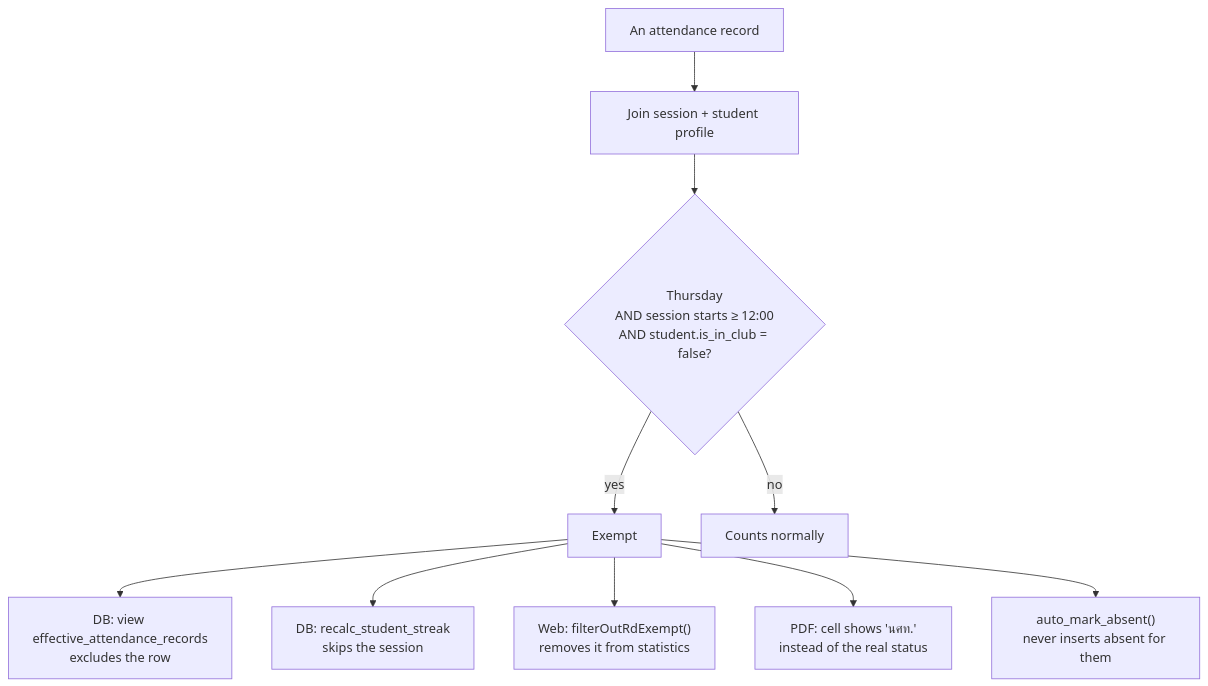
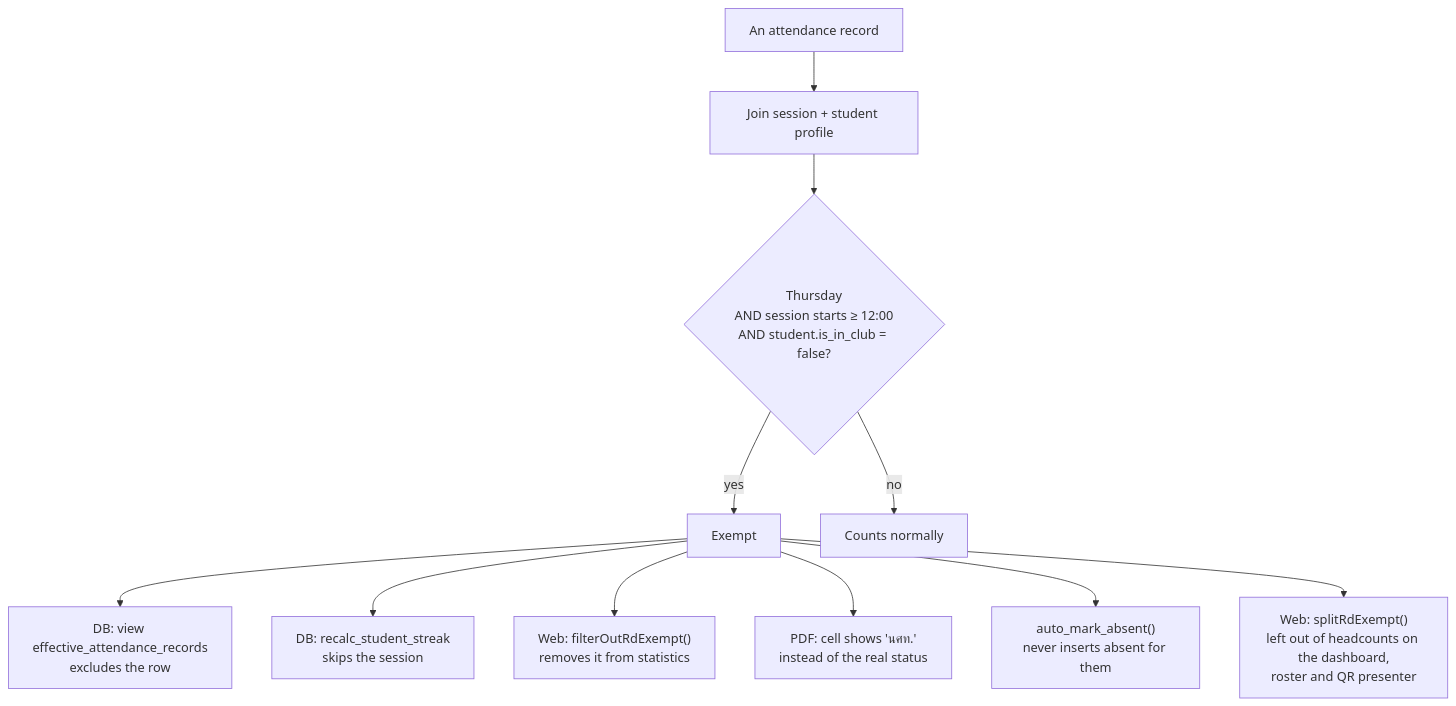
Diagram 11 of 15 in README.md (wachirawitraksa/marching-band-attendance), drawn with Mermaid before and after one commit. The commit also changed other lines of this file and 1 other file, not shown here.

````diff
--- a/README.md
+++ b/README.md
@@ -437,13 +464,14 @@
 ```mermaid
 flowchart TD
     R["An attendance record"] --> J["Join session + student profile"]
     J --> Q{"Thursday<br/>AND session starts ≥ 12:00<br/>AND student.is_in_club = false?"}
     Q -- yes --> X["Exempt"]
     Q -- no --> K["Counts normally"]
 
     X --> X1["DB: view effective_attendance_records<br/>excludes the row"]
     X --> X2["DB: recalc_student_streak<br/>skips the session"]
     X --> X3["Web: filterOutRdExempt()<br/>removes it from statistics"]
     X --> X4["PDF: cell shows 'นศท.'<br/>instead of the real status"]
     X --> X5["auto_mark_absent()<br/>never inserts absent for them"]
+    X --> X6["Web: splitRdExempt()<br/>left out of headcounts on the dashboard,<br/>roster and QR presenter"]
 ```
````
